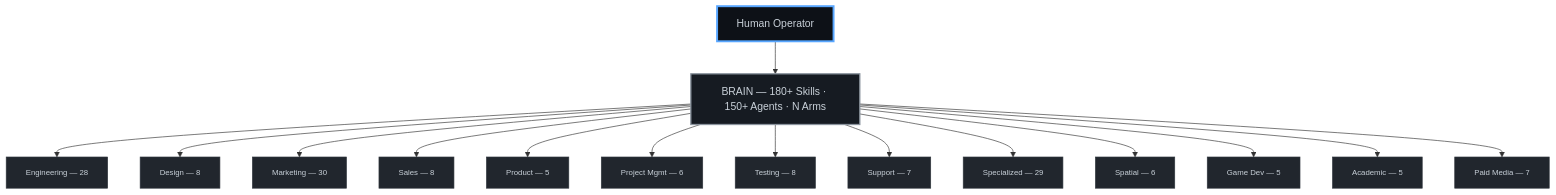
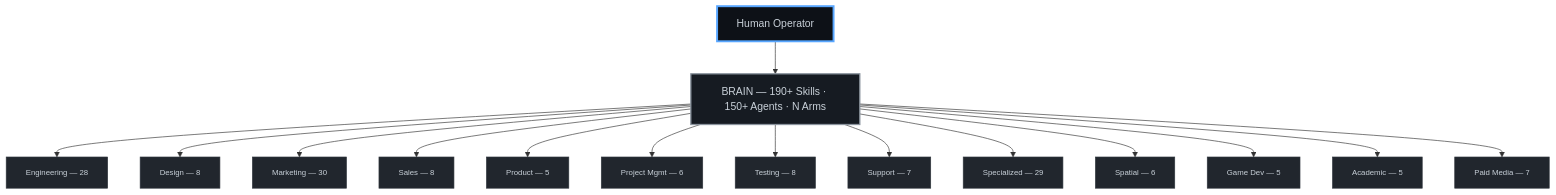
One commit to CarlosCaPe/octorato changed the diagram in README.md. Above: the diagram before and after it, drawn with Mermaid. The commit also changed other lines of this file, not shown here.

Commit message:
docs(stats): bump skill floor 180+ → 190+ (190 real skills) (#40)

````diff
--- a/README.md
+++ b/README.md
@@ -587,24 +587,24 @@
 ```mermaid
 graph TB
     classDef ceo fill:#0D1117,stroke:#58A6FF,stroke-width:3px,color:#C9D1D9
     classDef brain fill:#161B22,stroke:#8B949E,stroke-width:2px,color:#C9D1D9
     classDef div fill:#21262D,stroke:#30363D,stroke-width:1px,color:#C9D1D9,font-size:12px
 
     CEO["Human Operator"]:::ceo
-    BRAIN["BRAIN — 180+ Skills · 150+ Agents · N Arms"]:::brain
+    BRAIN["BRAIN — 190+ Skills · 150+ Agents · N Arms"]:::brain
     CEO --> BRAIN
 
     BRAIN --> ENG["Engineering — 28"]:::div
     BRAIN --> DES["Design — 8"]:::div
     BRAIN --> MKT["Marketing — 30"]:::div
     BRAIN --> SAL["Sales — 8"]:::div
     BRAIN --> PRD["Product — 5"]:::div
     BRAIN --> PM["Project Mgmt — 6"]:::div
     BRAIN --> TST["Testing — 8"]:::div
     BRAIN --> SUP["Support — 7"]:::div
     BRAIN --> SPC["Specialized — 29"]:::div
     BRAIN --> XR["Spatial — 6"]:::div
     BRAIN --> GMD["Game Dev — 5"]:::div
     BRAIN --> ACD["Academic — 5"]:::div
     BRAIN --> PMA["Paid Media — 7"]:::div
 ```
````
